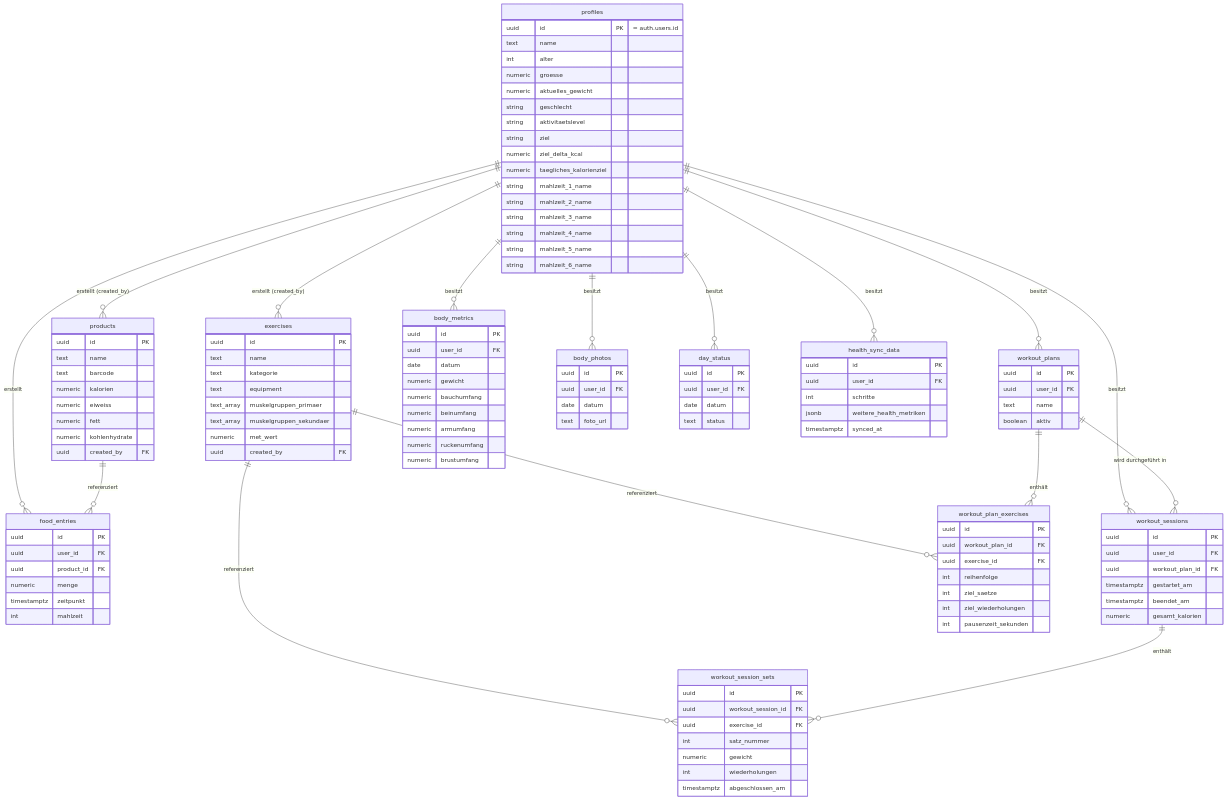
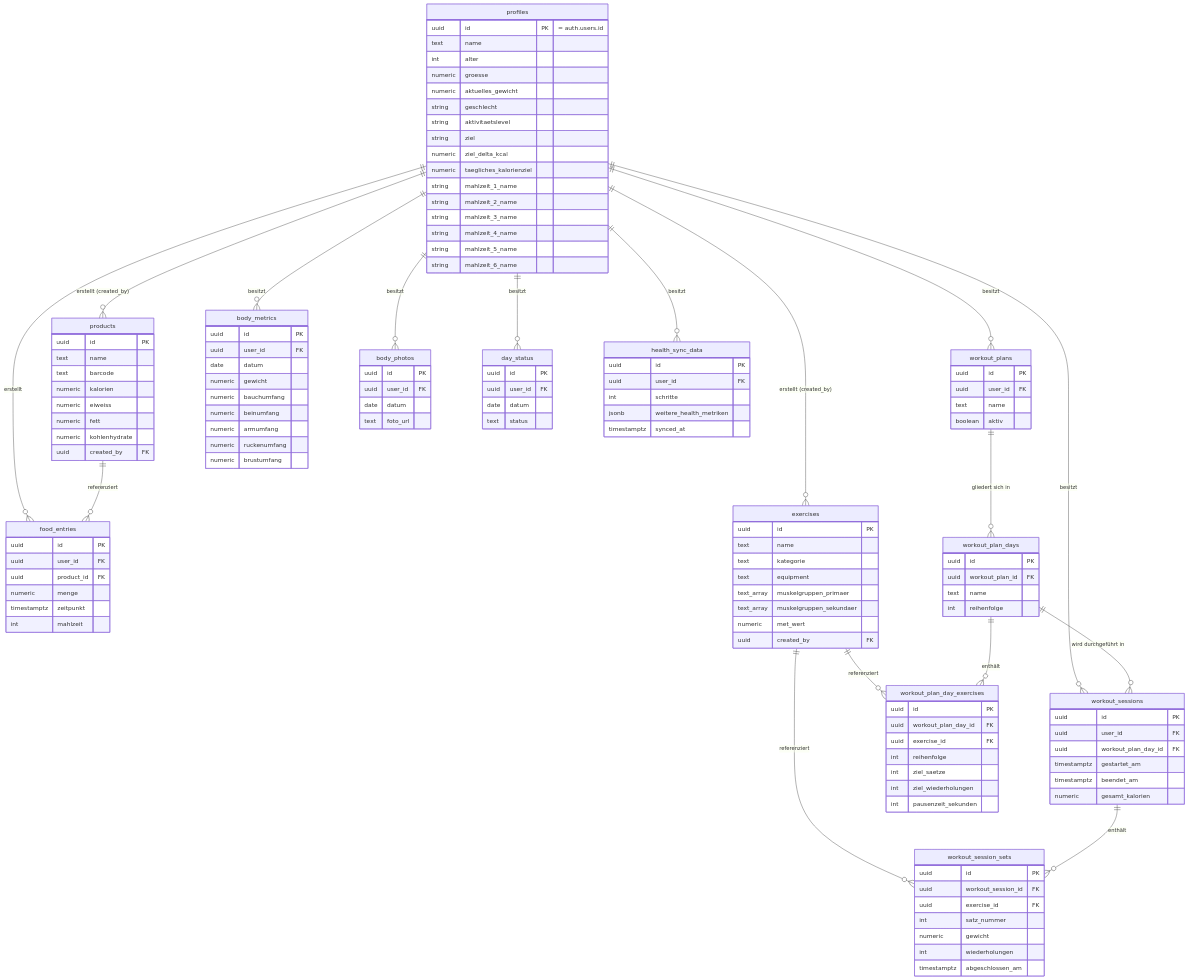
One commit to SueleymanOezel/fitness-app changed the diagram in docs/domaenenmodell.md. Above: the diagram before and after it, drawn with Mermaid. The commit also changed other lines of this file and 1 other file, not shown here.

Commit message:
docs: record the training area (Phase 3)
Claude-Session: https://claude.ai/code/session_01GDykxVuXxwGaBkf7bT7nAS

```diff
--- a/docs/domaenenmodell.md
+++ b/docs/domaenenmodell.md
@@ -29,11 +29,12 @@
 
     products ||--o{ food_entries : "referenziert"
 
-    exercises ||--o{ workout_plan_exercises : "referenziert"
+    exercises ||--o{ workout_plan_day_exercises : "referenziert"
     exercises ||--o{ workout_session_sets : "referenziert"
 
-    workout_plans ||--o{ workout_plan_exercises : "enthält"
-    workout_plans ||--o{ workout_sessions : "wird durchgeführt in"
+    workout_plans ||--o{ workout_plan_days : "gliedert sich in"
+    workout_plan_days ||--o{ workout_plan_day_exercises : "enthält"
+    workout_plan_days ||--o{ workout_sessions : "wird durchgeführt in"
 
     workout_sessions ||--o{ workout_session_sets : "enthält"
 
@@ -94,9 +95,16 @@
         boolean aktiv
     }
 
-    workout_plan_exercises {
+    workout_plan_days {
         uuid id PK
         uuid workout_plan_id FK
+        text name
+        int reihenfolge
+    }
+
+    workout_plan_day_exercises {
+        uuid id PK
+        uuid workout_plan_day_id FK
         uuid exercise_id FK
         int reihenfolge
         int ziel_saetze
@@ -107,7 +115,7 @@
     workout_sessions {
         uuid id PK
         uuid user_id FK
-        uuid workout_plan_id FK
+        uuid workout_plan_day_id FK
         timestamptz gestartet_am
         timestamptz beendet_am
         numeric gesamt_kalorien
```
